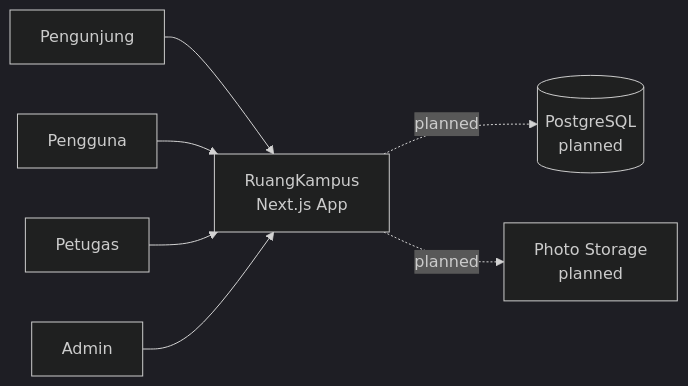
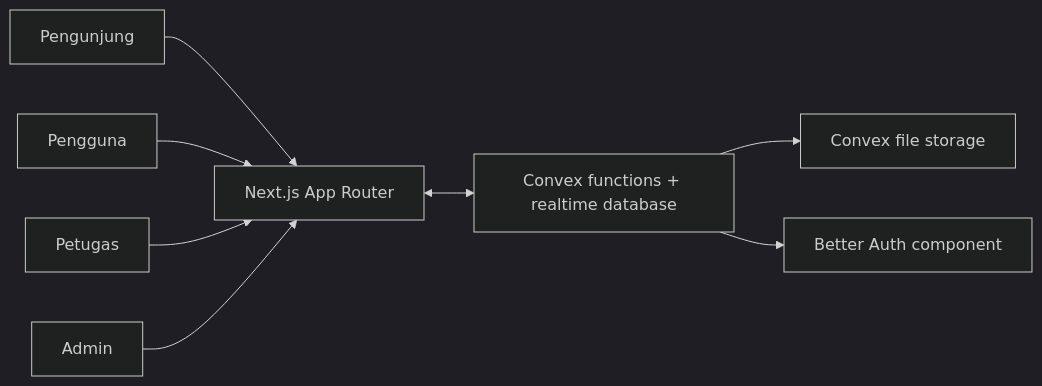
Before and after one commit to ZaidaanArd/ProjectPPK: the first of 2 diagrams in docs/ARCHITECTURE.md, drawn with Mermaid (dark theme). The commit also changed other lines of this file and 5 other files, not shown here.

Commit message:
docs: document Convex architecture and story status

````diff
--- a/docs/ARCHITECTURE.md
+++ b/docs/ARCHITECTURE.md
@@ -7,17 +5,19 @@
 ```mermaid
 flowchart LR
   visitor[Pengunjung]
   user[Pengguna]
-  staff[Petugas]
+  officer[Petugas]
   admin[Admin]
-  app["RuangKampus<br/>Next.js App"]
-  db[("PostgreSQL<br/>planned")]
-  files["Photo Storage<br/>planned"]
+  next[Next.js App Router]
+  convex[Convex functions + realtime database]
+  storage[Convex file storage]
+  auth[Better Auth component]
 
-  visitor --> app
-  user --> app
-  staff --> app
-  admin --> app
-  app -. planned .-> db
-  app -. planned .-> files
+  visitor --> next
+  user --> next
+  officer --> next
+  admin --> next
+  next <--> convex
+  convex --> storage
+  convex --> auth
 ```
````
